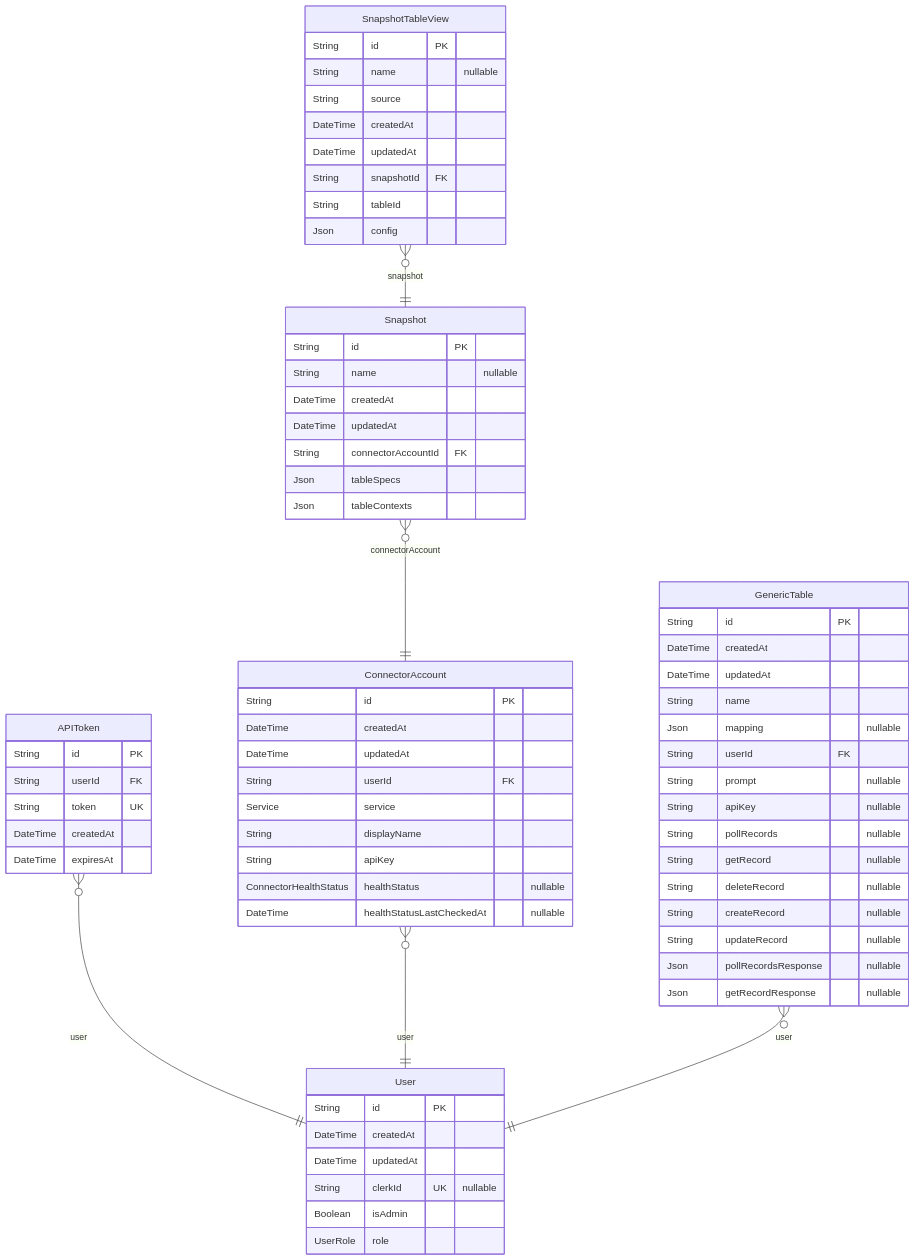
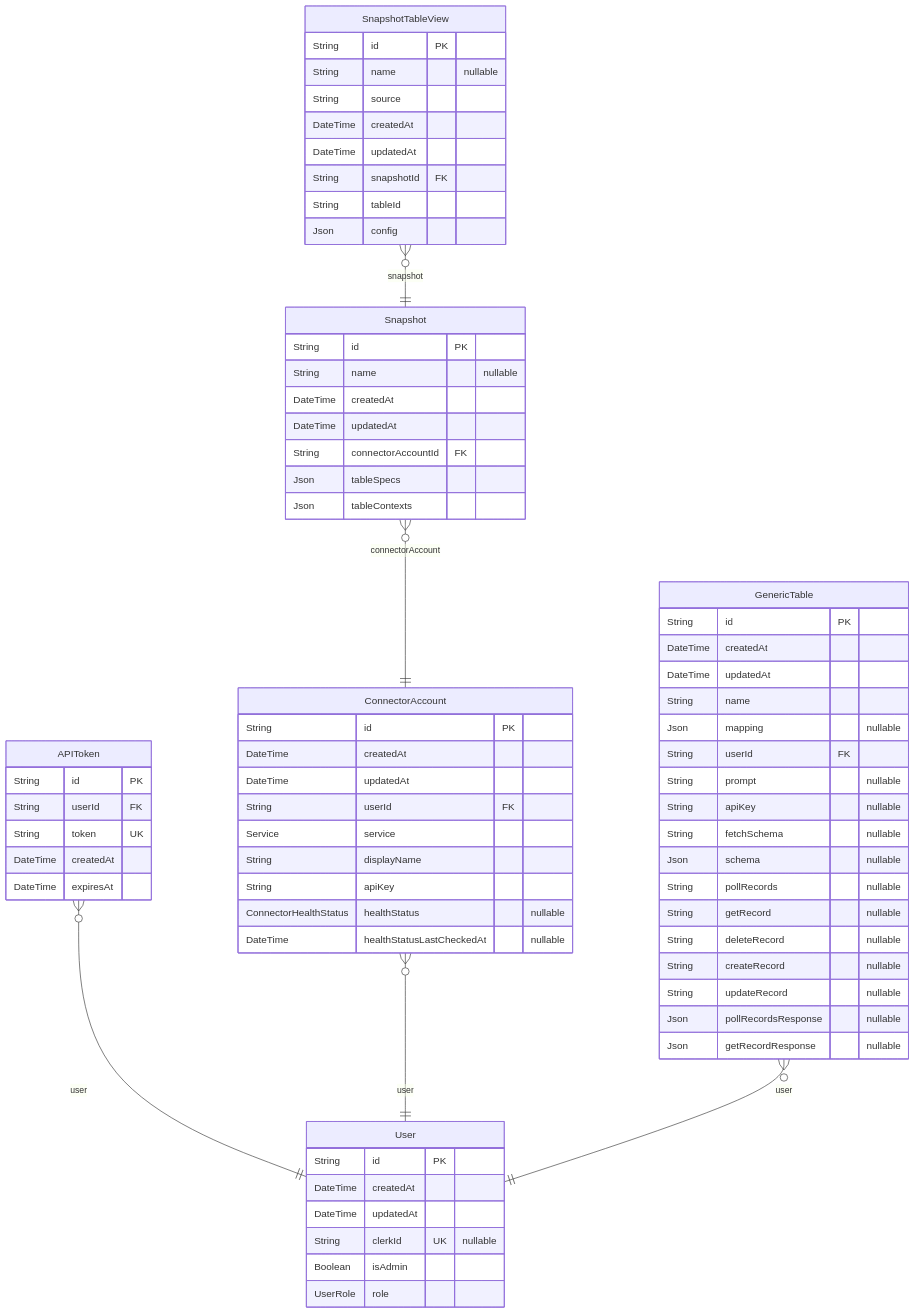
The diagram in server/prisma/ERD.md (whalesync/scratch-cli), drawn with Mermaid before and after one commit. The commit also changed other lines of this file and 20 other files, not shown here.

````diff
--- a/server/prisma/ERD.md
+++ b/server/prisma/ERD.md
@@ -9,70 +9,72 @@
 ```mermaid
 erDiagram
 "User" {
   String id PK
   DateTime createdAt
   DateTime updatedAt
   String clerkId UK "nullable"
   Boolean isAdmin
   UserRole role
 }
 "APIToken" {
   String id PK
   String userId FK
   String token UK
   DateTime createdAt
   DateTime expiresAt
 }
 "ConnectorAccount" {
   String id PK
   DateTime createdAt
   DateTime updatedAt
   String userId FK
   Service service
   String displayName
   String apiKey
   ConnectorHealthStatus healthStatus "nullable"
   DateTime healthStatusLastCheckedAt "nullable"
 }
 "Snapshot" {
   String id PK
   String name "nullable"
   DateTime createdAt
   DateTime updatedAt
   String connectorAccountId FK
   Json tableSpecs
   Json tableContexts
 }
 "GenericTable" {
   String id PK
   DateTime createdAt
   DateTime updatedAt
   String name
   Json mapping "nullable"
   String userId FK
   String prompt "nullable"
   String apiKey "nullable"
+  String fetchSchema "nullable"
+  Json schema "nullable"
   String pollRecords "nullable"
   String getRecord "nullable"
   String deleteRecord "nullable"
   String createRecord "nullable"
   String updateRecord "nullable"
   Json pollRecordsResponse "nullable"
   Json getRecordResponse "nullable"
 }
 "SnapshotTableView" {
   String id PK
   String name "nullable"
   String source
   DateTime createdAt
   DateTime updatedAt
   String snapshotId FK
   String tableId
   Json config
 }
 "APIToken" }o--|| "User" : user
 "ConnectorAccount" }o--|| "User" : user
 "Snapshot" }o--|| "ConnectorAccount" : connectorAccount
 "GenericTable" }o--|| "User" : user
 "SnapshotTableView" }o--|| "Snapshot" : snapshot
 ```
````
